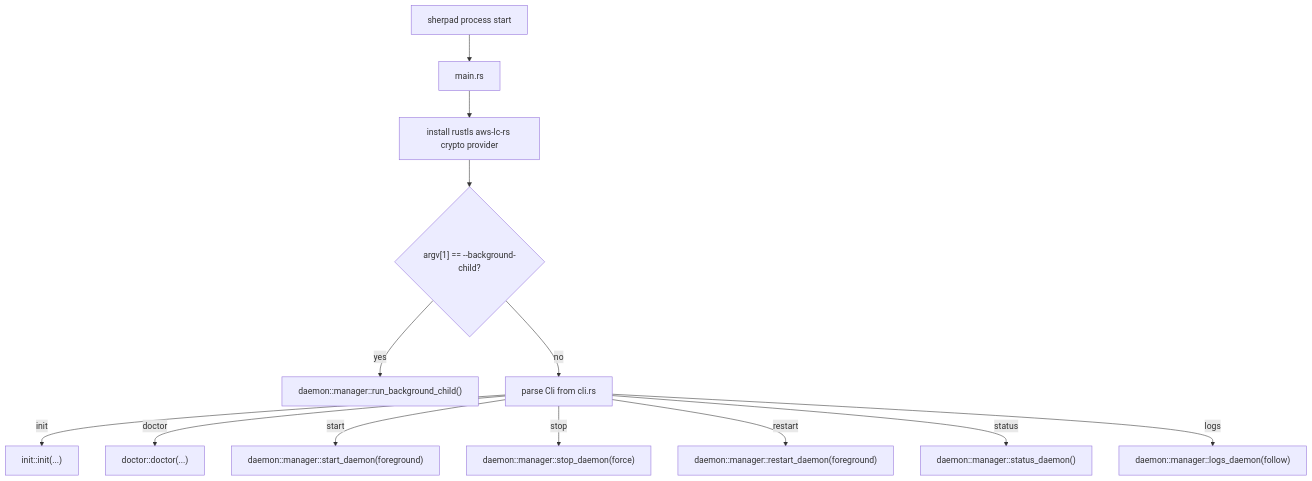
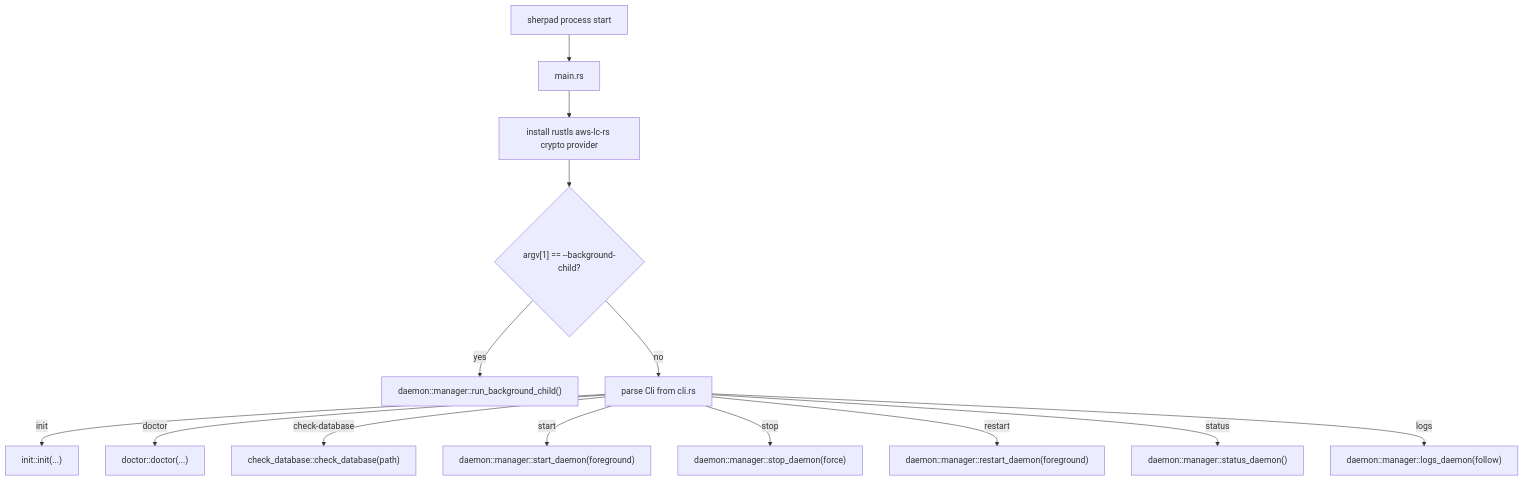
Before and after one commit to bwks/sherpa: the third of 26 diagrams in docs/architecture/SERVER.md, drawn with Mermaid. The commit also changed other lines of this file and 41 other files, not shown here.

````diff
--- a/docs/architecture/SERVER.md
+++ b/docs/architecture/SERVER.md
@@ -64,15 +64,16 @@
 ```mermaid
 flowchart TB
     start["sherpad process start"] --> mainrs["main.rs"]
     mainrs --> rustls["install rustls aws-lc-rs crypto provider"]
     rustls --> bgcheck{"argv[1] == --background-child?"}
     bgcheck -->|yes| bgchild["daemon::manager::run_background_child()"]
     bgcheck -->|no| parse["parse Cli from cli.rs"]
     parse -->|init| init["init::init(...)"]
     parse -->|doctor| doctor["doctor::doctor(...)"]
+    parse -->|check-database| checkdb["check_database::check_database(path)"]
     parse -->|start| startd["daemon::manager::start_daemon(foreground)"]
     parse -->|stop| stopd["daemon::manager::stop_daemon(force)"]
     parse -->|restart| restartd["daemon::manager::restart_daemon(foreground)"]
     parse -->|status| statusd["daemon::manager::status_daemon()"]
     parse -->|logs| logsd["daemon::manager::logs_daemon(follow)"]
 ```
````
